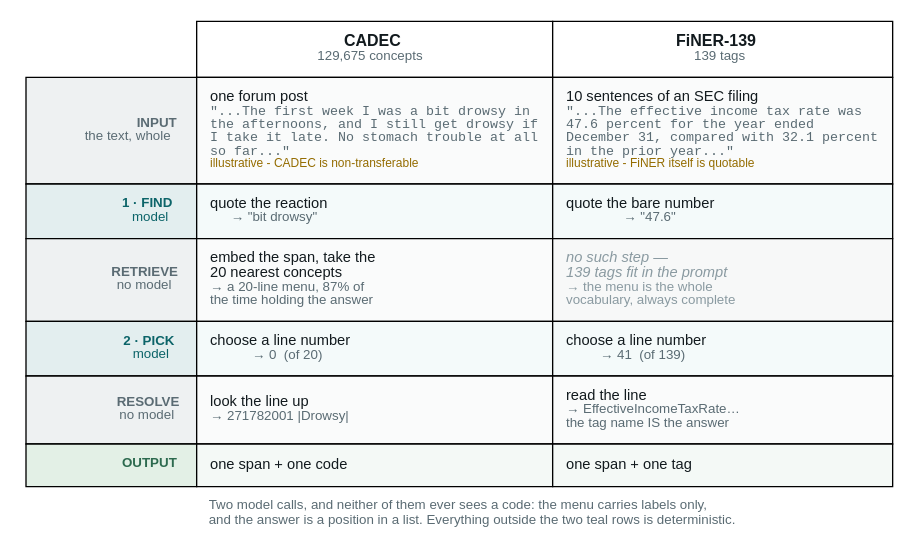
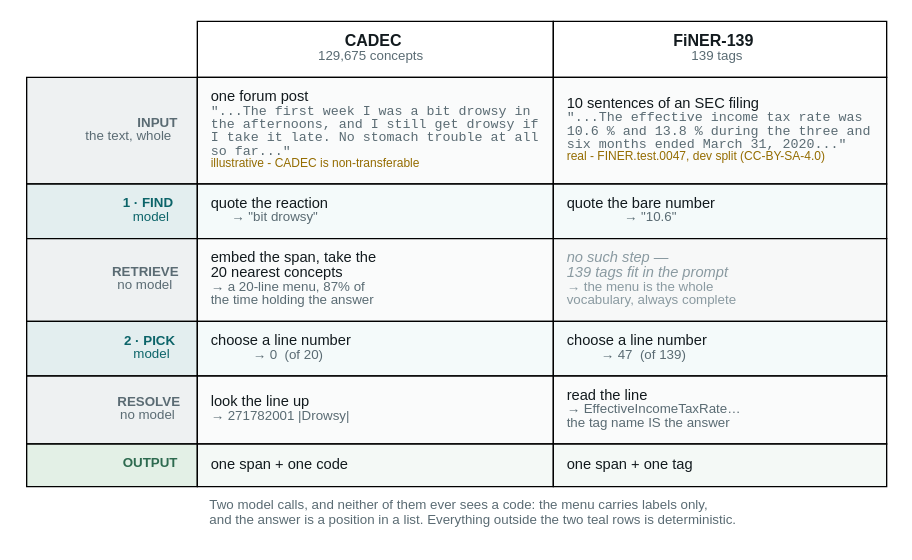
One commit to wbagais/reliability-ladder changed the diagram in docs/figures/fig7-pipelines.dot. Above: the diagram before and after it, drawn with Graphviz. The commit also changed 4 other files, not shown here.

Commit message:
Article: the slot-0 claim corrected against B4, tau retired, item 15 stated; fig7 index verified (47, not 41) with a real FiNER excerpt

```diff
--- a/docs/figures/fig7-pipelines.dot
+++ b/docs/figures/fig7-pipelines.dot
@@ -1,67 +1,67 @@
 // The two pipelines side by side. ONE figure replacing the two per-corpus
 // towers: the payloads (post, JSON, menu) live in the prose, and this carries
 // only what is genuinely spatial — the order of the steps, who acts at each
 // one, and the single row where the two corpora differ.
 //
 // COLOUR KEY — consistent with fig1-wiring / fig3-loop / fig4-precondition:
 //   teal  #0c6469  a language model runs here  (a channel, NOT a verdict)
 //   grey  #5a6b73  deterministic step, no model
 //   green #2d6a4f  the finished record
 // Amber (costs-and-does-not-earn) and red (fails) keep their article meanings
 // and are absent: nothing here is a verdict. The step FiNER does not have is
 // a dashed grey ghost, not amber — a step that does not exist has no cost.
 digraph pipelines {
   bgcolor="white";
   node [shape=none fontname="Helvetica"];
 
   t [label=<<TABLE BORDER="0" CELLBORDER="1" CELLSPACING="0" CELLPADDING="9">
 
     <TR>
       <TD BORDER="0"></TD>
       <TD BGCOLOR="#ffffff" ALIGN="CENTER" WIDTH="250"><FONT POINT-SIZE="12" COLOR="#121a1e"><B>CADEC</B></FONT><BR/><FONT POINT-SIZE="10" COLOR="#5a6b73">129,675 concepts</FONT></TD>
       <TD BGCOLOR="#ffffff" ALIGN="CENTER" WIDTH="250"><FONT POINT-SIZE="12" COLOR="#121a1e"><B>FiNER-139</B></FONT><BR/><FONT POINT-SIZE="10" COLOR="#5a6b73">139 tags</FONT></TD>
     </TR>
 
     <TR>
       <TD BGCOLOR="#eef1f2" ALIGN="RIGHT" WIDTH="128"><FONT POINT-SIZE="10.5" COLOR="#5a6b73"><B>INPUT</B></FONT><BR ALIGN="RIGHT"/><FONT POINT-SIZE="10" COLOR="#5a6b73">the text, whole</FONT></TD>
       <TD BGCOLOR="#fafbfb" ALIGN="LEFT"><FONT POINT-SIZE="11.5" COLOR="#121a1e">one forum post</FONT><BR ALIGN="LEFT"/><FONT POINT-SIZE="10" FACE="Courier" COLOR="#5a6b73">"...The first week I was a bit drowsy in<BR ALIGN="LEFT"/>the afternoons, and I still get drowsy if<BR ALIGN="LEFT"/>I take it late. No stomach trouble at all<BR ALIGN="LEFT"/>so far..."</FONT><BR ALIGN="LEFT"/><FONT POINT-SIZE="9" COLOR="#946c00">illustrative - CADEC is non-transferable</FONT><BR ALIGN="LEFT"/></TD>
-      <TD BGCOLOR="#fafbfb" ALIGN="LEFT"><FONT POINT-SIZE="11.5" COLOR="#121a1e">10 sentences of an SEC filing</FONT><BR ALIGN="LEFT"/><FONT POINT-SIZE="10" FACE="Courier" COLOR="#5a6b73">"...The effective income tax rate was<BR ALIGN="LEFT"/>47.6 percent for the year ended<BR ALIGN="LEFT"/>December 31, compared with 32.1 percent<BR ALIGN="LEFT"/>in the prior year..."</FONT><BR ALIGN="LEFT"/><FONT POINT-SIZE="9" COLOR="#946c00">illustrative - FiNER itself is quotable</FONT><BR ALIGN="LEFT"/></TD>
+      <TD BGCOLOR="#fafbfb" ALIGN="LEFT"><FONT POINT-SIZE="11.5" COLOR="#121a1e">10 sentences of an SEC filing</FONT><BR ALIGN="LEFT"/><FONT POINT-SIZE="10" FACE="Courier" COLOR="#5a6b73">"...The effective income tax rate was<BR ALIGN="LEFT"/>10.6 % and 13.8 % during the three and<BR ALIGN="LEFT"/>six months ended March 31, 2020..."</FONT><BR ALIGN="LEFT"/><FONT POINT-SIZE="9" COLOR="#946c00">real - FINER.test.0047, dev split (CC-BY-SA-4.0)</FONT><BR ALIGN="LEFT"/></TD>
     </TR>
 
     <TR>
       <TD BGCOLOR="#e3eeef" ALIGN="RIGHT"><FONT POINT-SIZE="10.5" COLOR="#0c6469"><B>1 · FIND</B><BR ALIGN="RIGHT"/>model</FONT></TD>
       <TD BGCOLOR="#f4fafa" ALIGN="LEFT"><FONT POINT-SIZE="11.5" COLOR="#121a1e">quote the reaction<BR ALIGN="LEFT"/></FONT><FONT POINT-SIZE="10.5" COLOR="#5a6b73">→ "bit drowsy"</FONT></TD>
-      <TD BGCOLOR="#f4fafa" ALIGN="LEFT"><FONT POINT-SIZE="11.5" COLOR="#121a1e">quote the bare number<BR ALIGN="LEFT"/></FONT><FONT POINT-SIZE="10.5" COLOR="#5a6b73">→ "47.6"</FONT></TD>
+      <TD BGCOLOR="#f4fafa" ALIGN="LEFT"><FONT POINT-SIZE="11.5" COLOR="#121a1e">quote the bare number<BR ALIGN="LEFT"/></FONT><FONT POINT-SIZE="10.5" COLOR="#5a6b73">→ "10.6"</FONT></TD>
     </TR>
 
     <TR>
       <TD BGCOLOR="#eef1f2" ALIGN="RIGHT"><FONT POINT-SIZE="10.5" COLOR="#5a6b73"><B>RETRIEVE</B><BR ALIGN="RIGHT"/>no model</FONT></TD>
       <TD BGCOLOR="#fafbfb" ALIGN="LEFT"><FONT POINT-SIZE="11.5" COLOR="#121a1e">embed the span, take the<BR ALIGN="LEFT"/>20 nearest concepts<BR ALIGN="LEFT"/></FONT><FONT POINT-SIZE="10.5" COLOR="#5a6b73">→ a 20-line menu, 87% of<BR ALIGN="LEFT"/>the time holding the answer</FONT><BR ALIGN="LEFT"/></TD>
       <TD BGCOLOR="#f7f8f8" ALIGN="LEFT"><FONT POINT-SIZE="11.5" COLOR="#8a9aa1"><I>no such step —<BR ALIGN="LEFT"/>139 tags fit in the prompt<BR ALIGN="LEFT"/></I></FONT><FONT POINT-SIZE="10.5" COLOR="#8a9aa1">→ the menu is the whole<BR ALIGN="LEFT"/>vocabulary, always complete</FONT><BR ALIGN="LEFT"/></TD>
     </TR>
 
     <TR>
       <TD BGCOLOR="#e3eeef" ALIGN="RIGHT"><FONT POINT-SIZE="10.5" COLOR="#0c6469"><B>2 · PICK</B><BR ALIGN="RIGHT"/>model</FONT></TD>
       <TD BGCOLOR="#f4fafa" ALIGN="LEFT"><FONT POINT-SIZE="11.5" COLOR="#121a1e">choose a line number<BR ALIGN="LEFT"/></FONT><FONT POINT-SIZE="10.5" COLOR="#5a6b73">→ 0 &#160;(of 20)</FONT></TD>
-      <TD BGCOLOR="#f4fafa" ALIGN="LEFT"><FONT POINT-SIZE="11.5" COLOR="#121a1e">choose a line number<BR ALIGN="LEFT"/></FONT><FONT POINT-SIZE="10.5" COLOR="#5a6b73">→ 41 &#160;(of 139)</FONT></TD>
+      <TD BGCOLOR="#f4fafa" ALIGN="LEFT"><FONT POINT-SIZE="11.5" COLOR="#121a1e">choose a line number<BR ALIGN="LEFT"/></FONT><FONT POINT-SIZE="10.5" COLOR="#5a6b73">→ 47 &#160;(of 139)</FONT></TD>
     </TR>
 
     <TR>
       <TD BGCOLOR="#eef1f2" ALIGN="RIGHT"><FONT POINT-SIZE="10.5" COLOR="#5a6b73"><B>RESOLVE</B><BR ALIGN="RIGHT"/>no model</FONT></TD>
       <TD BGCOLOR="#fafbfb" ALIGN="LEFT"><FONT POINT-SIZE="11.5" COLOR="#121a1e">look the line up<BR ALIGN="LEFT"/></FONT><FONT POINT-SIZE="10.5" COLOR="#5a6b73">→ 271782001 |Drowsy|</FONT></TD>
       <TD BGCOLOR="#fafbfb" ALIGN="LEFT"><FONT POINT-SIZE="11.5" COLOR="#121a1e">read the line<BR ALIGN="LEFT"/></FONT><FONT POINT-SIZE="10.5" COLOR="#5a6b73">→ EffectiveIncomeTaxRate…<BR ALIGN="LEFT"/>the tag name IS the answer</FONT><BR ALIGN="LEFT"/></TD>
     </TR>
 
     <TR>
       <TD BGCOLOR="#e3f0e6" ALIGN="RIGHT"><FONT POINT-SIZE="10.5" COLOR="#2d6a4f"><B>OUTPUT</B></FONT></TD>
       <TD BGCOLOR="#f4f9f6" ALIGN="LEFT"><FONT POINT-SIZE="11.5" COLOR="#121a1e">one span + one code</FONT></TD>
       <TD BGCOLOR="#f4f9f6" ALIGN="LEFT"><FONT POINT-SIZE="11.5" COLOR="#121a1e">one span + one tag</FONT></TD>
     </TR>
 
     <TR>
       <TD BORDER="0"></TD>
       <TD BORDER="0" COLSPAN="2" ALIGN="LEFT"><FONT POINT-SIZE="10.5" COLOR="#5a6b73">Two model calls, and neither of them ever sees a code: the menu carries labels only,<BR ALIGN="LEFT"/>and the answer is a position in a list. Everything outside the two teal rows is deterministic.</FONT><BR ALIGN="LEFT"/></TD>
     </TR>
 
   </TABLE>>];
 }
```
